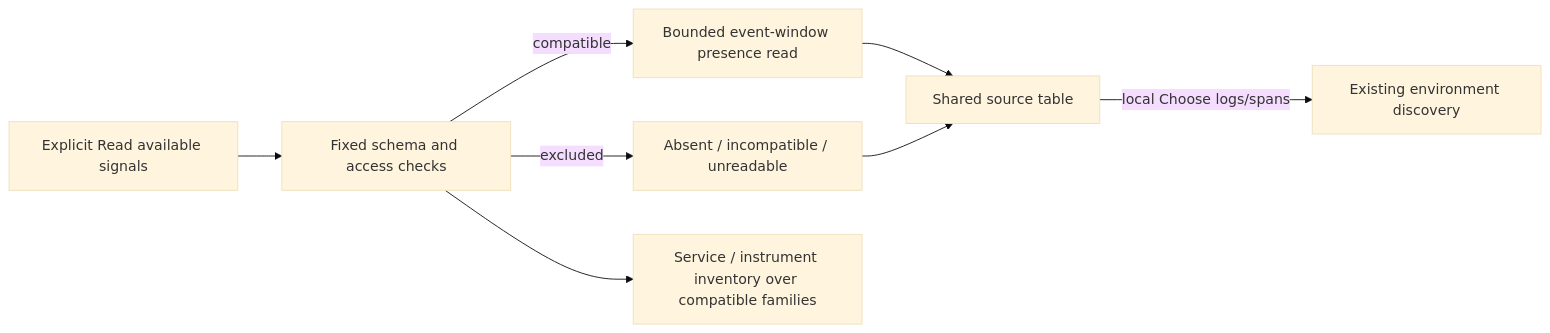
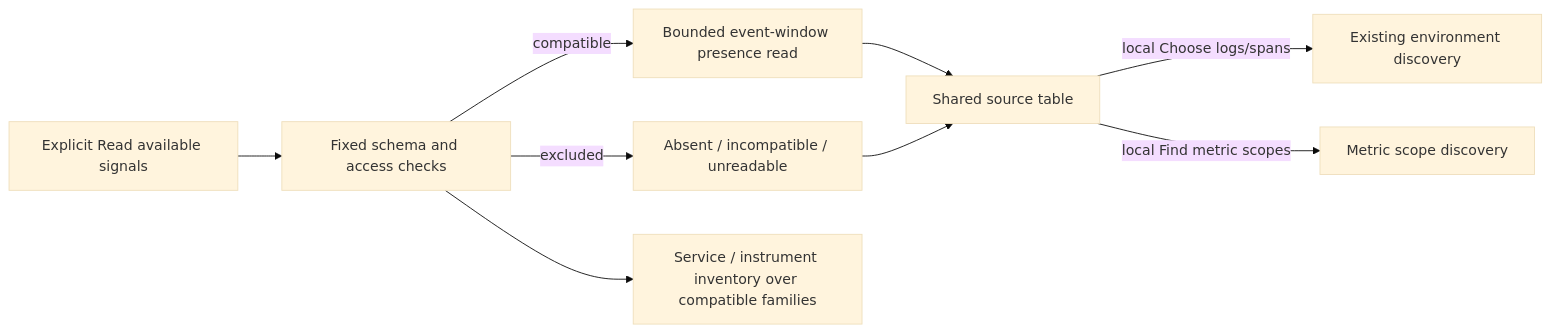
The diagram in docs/SOURCE_CAPABILITIES.md (casselc/goo), drawn with Mermaid (base theme) before and after one commit. The commit also changed other lines of this file and 50 other files, not shown here.

Commit message:
Discover metric scopes without known environment or service

````diff
--- a/docs/SOURCE_CAPABILITIES.md
+++ b/docs/SOURCE_CAPABILITIES.md
@@ -60,10 +66,11 @@
 ```mermaid
 flowchart LR
   Read[Explicit Read available signals] --> Schema[Fixed schema and access checks]
   Schema -->|compatible| Presence[Bounded event-window presence read]
   Schema -->|excluded| States[Absent / incompatible / unreadable]
   Presence --> Display[Shared source table]
   States --> Display
   Display -->|local Choose logs/spans| Scope[Existing environment discovery]
+  Display -->|local Find metric scopes| Metrics[Metric scope discovery]
   Schema --> Inventory[Service / instrument inventory over compatible families]
 ```
````
